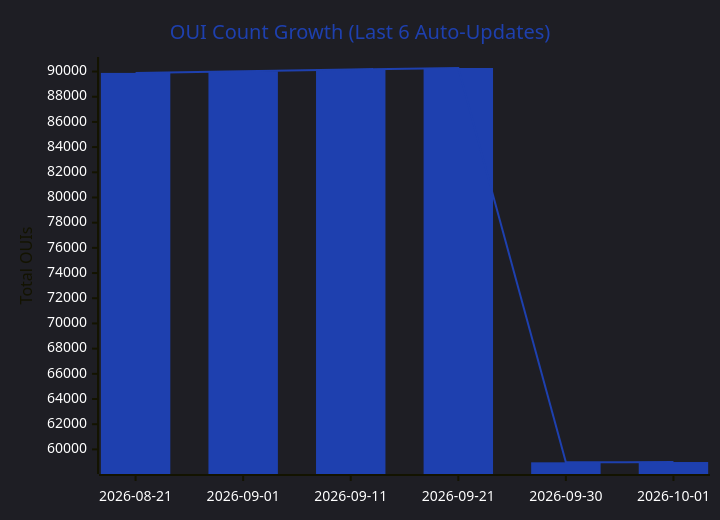
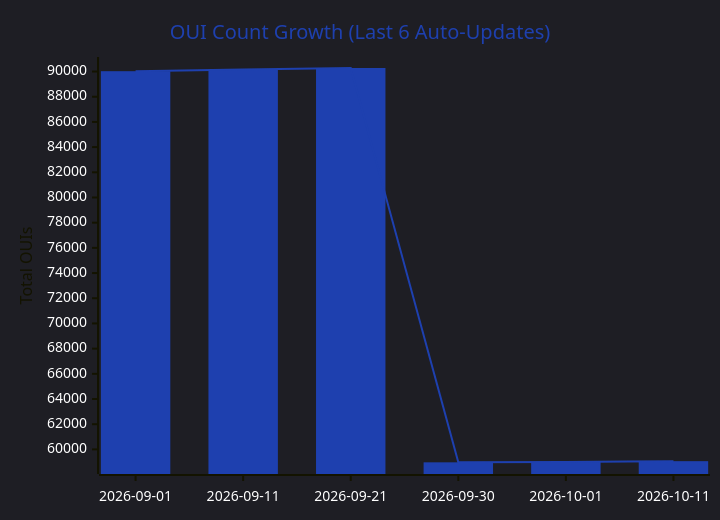
The first of 5 diagrams in data/readmes/Ringmast4r__OUI-Master-Database.md (zqf20096327/dbhub_collect), drawn with Mermaid before and after one commit. The commit also changed other lines of this file and 538 other files, not shown here.

````diff
--- a/data/readmes/Ringmast4r__OUI-Master-Database.md
+++ b/data/readmes/Ringmast4r__OUI-Master-Database.md
@@ -75,9 +75,9 @@
 ```mermaid
 %%{init: {'theme':'dark', 'themeVariables': {'xyChart': {'backgroundColor':'#00000000','plotColorPalette':'#1E40AF','titleColor':'#1E40AF','xAxisLabelColor':'#ffffff','yAxisLabelColor':'#ffffff'}}}}%%
 xychart-beta
     title "OUI Count Growth (Last 6 Auto-Updates)"
-    x-axis ["2026-08-21", "2026-09-01", "2026-09-11", "2026-09-21", "2026-09-30", "2026-10-01"]
+    x-axis ["2026-09-01", "2026-09-11", "2026-09-21", "2026-09-30", "2026-10-01", "2026-10-11"]
     y-axis "Total OUIs" 58800 --> 90400
-    bar [89890, 90028, 90168, 90281, 58972, 58997]
-    line [89890, 90028, 90168, 90281, 58972, 58997]
+    bar [90028, 90168, 90281, 58972, 58997, 59065]
+    line [90028, 90168, 90281, 58972, 58997, 59065]
 ```
````
